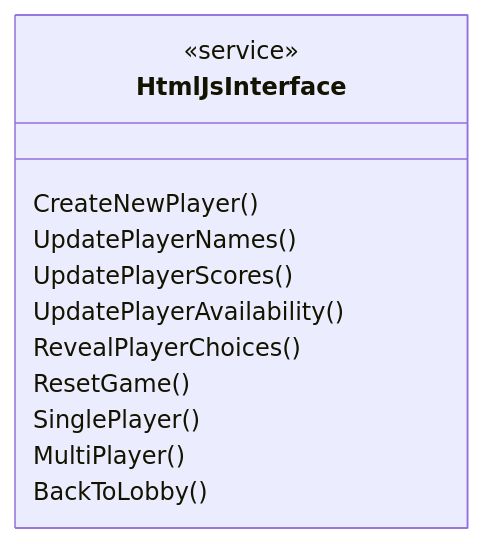
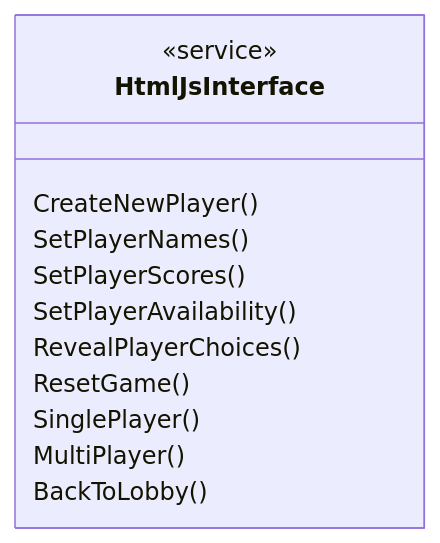
Before and after one commit to Icarusoncloud9/Rock-Paper-Scissors: the sixth of 6 diagrams in README.md, drawn with Mermaid. The commit also changed other lines of this file and 6 other files, not shown here.

````diff
--- a/README.md
+++ b/README.md
@@ -152,16 +150,16 @@
 ```mermaid
 classDiagram
 class HtmlJsInterface {
     <<service>>
 
     CreateNewPlayer()
-    UpdatePlayerNames()
-    UpdatePlayerScores()
-    UpdatePlayerAvailability()
+    SetPlayerNames()
+    SetPlayerScores()
+    SetPlayerAvailability()
     RevealPlayerChoices()
     ResetGame()
     SinglePlayer()
     MultiPlayer()
     BackToLobby()
 }
 ```
````
